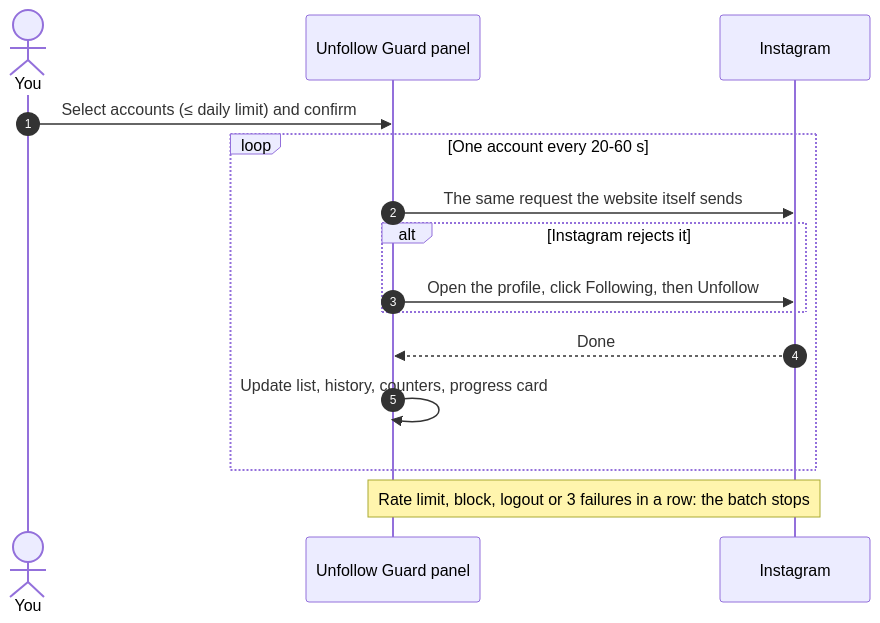
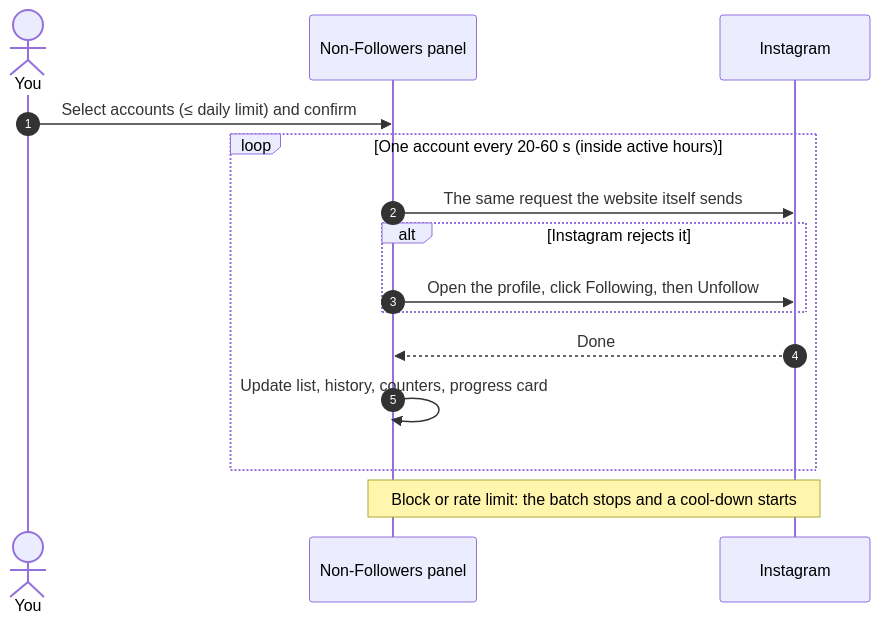
The second of 2 diagrams in README.md (AshutoshSajan/unfollow-guard-extension), drawn with Mermaid before and after one commit. The commit also changed other lines of this file and 32 other files, not shown here.

Commit message:
feat: stats dashboard with charts, CSV export, kept backup/import, jsdom tests, real screenshots (v1.6.0)

````diff
--- a/README.md
+++ b/README.md
@@ -136,17 +160,17 @@
 ```mermaid
 sequenceDiagram
     autonumber
     actor You
-    participant Panel as Unfollow Guard panel
+    participant Panel as Non-Followers panel
     participant IG as Instagram
     You->>Panel: Select accounts (≤ daily limit) and confirm
-    loop One account every 20-60 s
+    loop One account every 20-60 s (inside active hours)
         Panel->>IG: The same request the website itself sends
         alt Instagram rejects it
             Panel->>IG: Open the profile, click Following, then Unfollow
         end
         IG-->>Panel: Done
         Panel->>Panel: Update list, history, counters, progress card
     end
-    Note over Panel,IG: Rate limit, block, logout or 3 failures in a row: the batch stops
+    Note over Panel,IG: Block or rate limit: the batch stops and a cool-down starts
 ```
````
